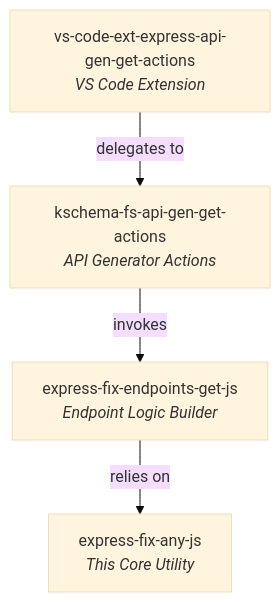
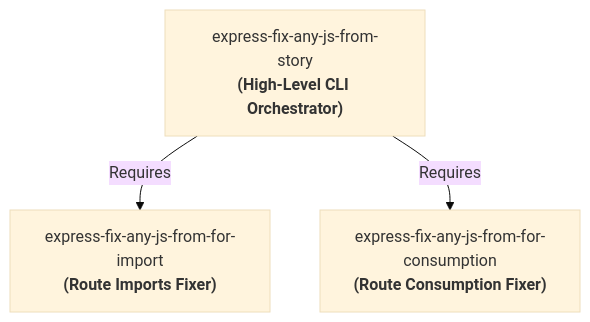
One commit to keshavsoft/express-fix-any-js-from-story changed the diagram in README.md. Above: the diagram before and after it, drawn with Mermaid (base theme). The commit also changed other lines of this file and 1 other file, not shown here.

````diff
--- a/README.md
+++ b/README.md
@@ -35,14 +14,9 @@
 ```mermaid
 graph TD
-    ext["vs-code-ext-express-api-gen-get-actions<br/><i>VS Code Extension</i>"]
-    
-    gen["kschema-fs-api-gen-get-actions<br/><i>API Generator Actions</i>"]
-    
-    endpoints["express-fix-endpoints-get-js<br/><i>Endpoint Logic Builder</i>"]
-    
-    anyjs["express-fix-any-js<br/><i>This Core Utility</i>"]
+    story["express-fix-any-js-from-story<br/><b>(High-Level CLI Orchestrator)</b>"]
+    forimport["express-fix-any-js-from-for-import<br/><b>(Route Imports Fixer)</b>"]
+    consumption["express-fix-any-js-from-for-consumption<br/><b>(Route Consumption Fixer)</b>"]
 
-    ext -->|delegates to| gen
-    gen -->|invokes| endpoints
-    endpoints -->|relies on| anyjs
+    story -->|Requires| forimport
+    story -->|Requires| consumption
 ```
````
